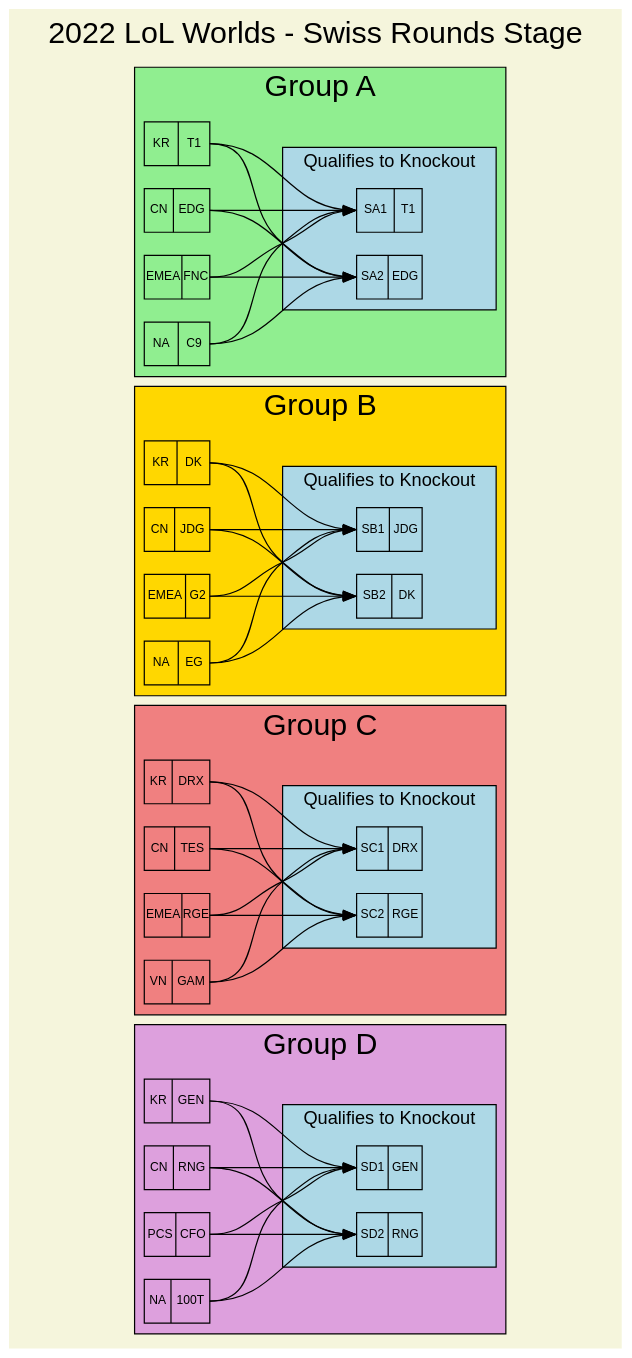
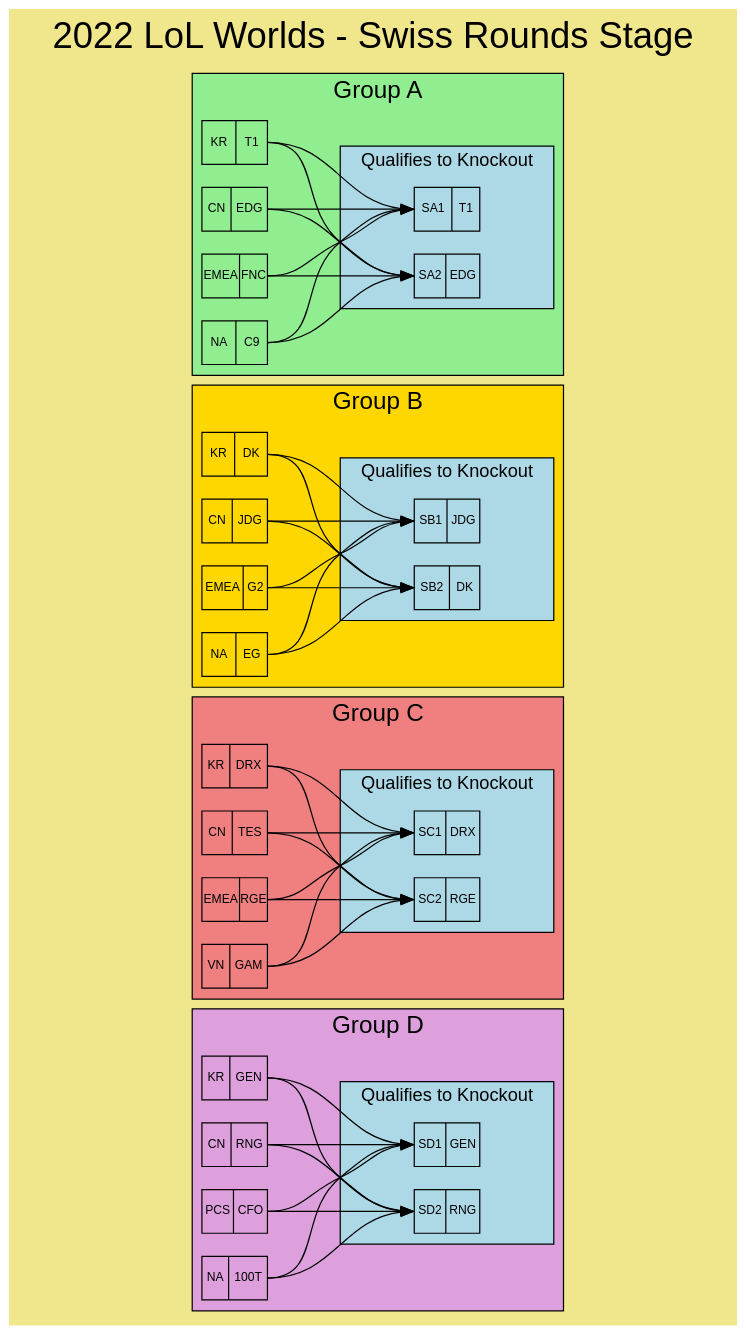
Before and after one commit to SzeWaiHo/UCDPA-SzeWaiHo: the diagram in 2022SwissRound.gv, drawn with Graphviz. The commit also changed 5 other files, not shown here.

Commit message:
2022 Play-Ins, Swiss Rounds & Knockout Stage Graphs Completed!

```diff
--- a/2022SwissRound.gv
+++ b/2022SwissRound.gv
@@ -1,156 +1,160 @@
 
 digraph brackets {
 
 
 
 # direction is downwards
 rankdir=LR
 
 # setting graph title
     // title
     labelloc="t";
     label="2022 LoL Worlds - Swiss Rounds Stage";
     fontname = "Helvetica";
-    fontsize = 25;
+    fontsize = 30;
 
 #Full Graph Background Colour
-bgcolor = "beige"
+bgcolor = "khaki"
 
 # setting alignment and node,edge attributes    
 node [shape=box, fixedsize = True, style=invis, label="",fontname = "Helvetica"]
 edge [style=invis]
 
 node [style=solid, fontname = "Helvetica"]
 edge [style=solid]
 
 # ===== Group D =====
 subgraph cluster_group_D {
     bgcolor="plum"
     label="Group D"
+    fontsize = 20
     # ===== Quarter Finals =====
     rD1 [shape = record, label = "{KR|GEN}", fontsize = 10] 
     rD2 [shape = record, label = "{CN|RNG}", fontsize = 10]
     rD3 [shape = record, label = "{PCS|CFO}", fontsize = 10]
     rD4 [shape = record, label = "{NA|100T}", fontsize = 10]
     
     # === Seeds C1 and C2 qualifies to Knockout Stage ===
     subgraph cluster_group_C_qualified {
         label = "Qualifies to Knockout"
         bgcolor = "lightblue"
         fontsize = 15
         # ===== Semi Finals =====
         rDD1 [shape = record, label = "{SD1|GEN}", fontsize = 10]
         rDD2 [shape = record, label = "{SD2|RNG}", fontsize = 10]
     }
 
 # ===== Setting arrows =====
 rD1:e->rDD1:w
 rD2:e->rDD1:w
 rD3:e->rDD1:w
 rD4:e->rDD1:w
 rD1:e->rDD2:w
 rD2:e->rDD2:w
 rD3:e->rDD2:w
 rD4:e->rDD2:w
 
 }
 
 # ===== Group C =====
 subgraph cluster_group_C {
     bgcolor="lightcoral"
     label="Group C"
+    fontsize = 20
     # ===== Quarter Finals =====
     rC1 [shape = record, label = "{KR|DRX}", fontsize = 10] 
     rC2 [shape = record, label = "{CN|TES}", fontsize = 10]
     rC3 [shape = record, label = "{EMEA|RGE}", fontsize = 10]
     rC4 [shape = record, label = "{VN|GAM}", fontsize = 10]
     
     # === Seeds C1 and C2 qualifies to Knockout Stage ===
     subgraph cluster_group_C_qualified {
         label = "Qualifies to Knockout"
         bgcolor = "lightblue"
         fontsize = 15
         # ===== Semi Finals =====
         rCC1 [shape = record, label = "{SC1|DRX}", fontsize = 10]
         rCC2 [shape = record, label = "{SC2|RGE}", fontsize = 10]
     }
 
 # ===== Setting arrows =====
 rC1:e->rCC1:w
 rC2:e->rCC1:w
 rC3:e->rCC1:w
 rC4:e->rCC1:w
 rC1:e->rCC2:w
 rC2:e->rCC2:w
 rC3:e->rCC2:w
 rC4:e->rCC2:w
 
 }
 
 # ===== Group B =====
 subgraph cluster_group_B {
     bgcolor="gold"
     label="Group B"
+    fontsize = 20
     # ===== Quarter Finals =====
     rB1 [shape = record, label = "{KR|DK}", fontsize = 10] 
     rB2 [shape = record, label = "{CN|JDG}", fontsize = 10]
     rB3 [shape = record, label = "{EMEA|G2}", fontsize = 10]
     rB4 [shape = record, label = "{NA|EG}", fontsize = 10]
     
     # === Seeds B1 and B2 qualifies to Knockout Stage ===
     subgraph cluster_group_B_qualified {
         label = "Qualifies to Knockout"
         bgcolor = "lightblue"
         fontsize = 15
         # ===== Semi Finals =====
         rBB1 [shape = record, label = "{SB1|JDG}", fontsize = 10]
         rBB2 [shape = record, label = "{SB2|DK}", fontsize = 10]
     }
 
 # ===== Setting arrows =====
 rB1:e->rBB1:w
 rB2:e->rBB1:w
 rB3:e->rBB1:w
 rB4:e->rBB1:w
 rB1:e->rBB2:w
 rB2:e->rBB2:w
 rB3:e->rBB2:w
 rB4:e->rBB2:w
 
 }
 
 # ===== Group A =====
 subgraph cluster_group_A {
     bgcolor="lightgreen"
     label="Group A"
+    fontsize = 20
     # ===== Quarter Finals =====
     rA1 [shape = record, label = "{KR|T1}", fontsize = 10] 
     rA2 [shape = record, label = "{CN|EDG}", fontsize = 10]
     rA3 [shape = record, label = "{EMEA|FNC}", fontsize = 10]
     rA4 [shape = record, label = "{NA|C9}", fontsize = 10]
     
     # === Seeds A1 and A2 qualifies to Knockout Stage ===
     subgraph cluster_group_A_qualified {
         label = "Qualifies to Knockout"
         fontsize = 15
         bgcolor = "lightblue"
         # ===== Semi Finals =====
         rAA1 [shape = record, label = "{SA1|T1}", fontsize = 10]
         rAA2 [shape = record, label = "{SA2|EDG}", fontsize = 10]
     }
 
 # ===== Setting arrows =====
 rA1:e->rAA1:w
 rA2:e->rAA1:w
 rA3:e->rAA1:w
 rA4:e->rAA1:w
 rA1:e->rAA2:w
 rA2:e->rAA2:w
 rA3:e->rAA2:w
 rA4:e->rAA2:w
 
 }
 
 
 
 }
```
